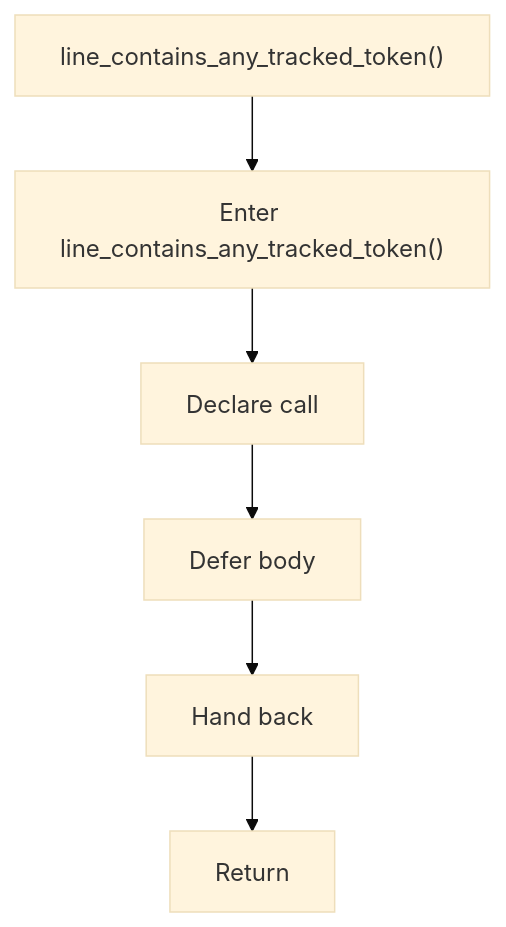
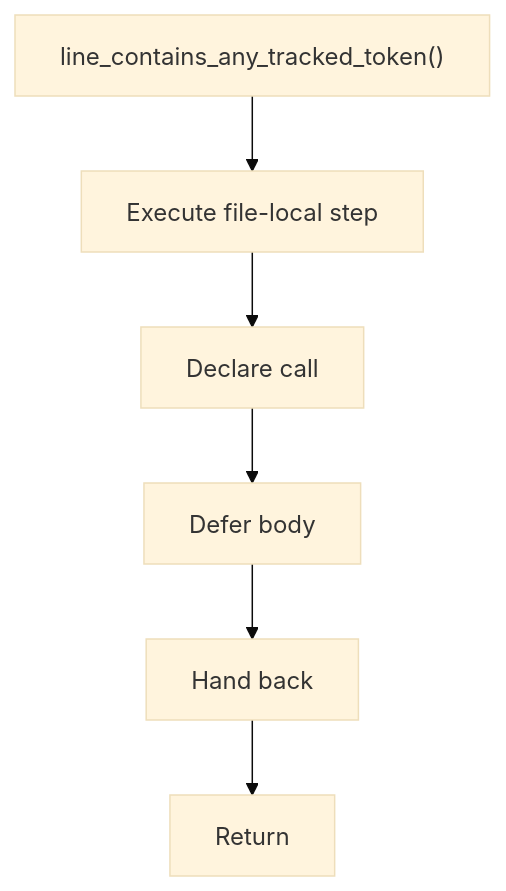
One commit to JohnAndrewBalbarosa/NeoTerritory changed the diagram in docs/Codebase/Microservice/Modules/Header/SyntacticBrokenAST/Trees/Actual/Internal/Flow/functions/line_contains_any_tracked_token.hpp.md. Above: the diagram before and after it, drawn with Mermaid (base theme). The commit also changed other lines of this file and 915 other files, not shown here.

````diff
--- a/docs/Codebase/Microservice/Modules/Header/SyntacticBrokenAST/Trees/Actual/Internal/Flow/functions/line_contains_any_tracked_token.hpp.md
+++ b/docs/Codebase/Microservice/Modules/Header/SyntacticBrokenAST/Trees/Actual/Internal/Flow/functions/line_contains_any_tracked_token.hpp.md
@@ -16,14 +16,14 @@
 ```mermaid
 flowchart TD
     Start["line_contains_any_tracked_token()"]
-    N0["Enter line_contains_any_tracked_token()"]
+    N0["Execute file-local step"]
     N1["Declare call"]
     N2["Defer body"]
     N3["Hand back"]
     End["Return"]
     Start --> N0
     N0 --> N1
     N1 --> N2
     N2 --> N3
     N3 --> End
 ```
````
